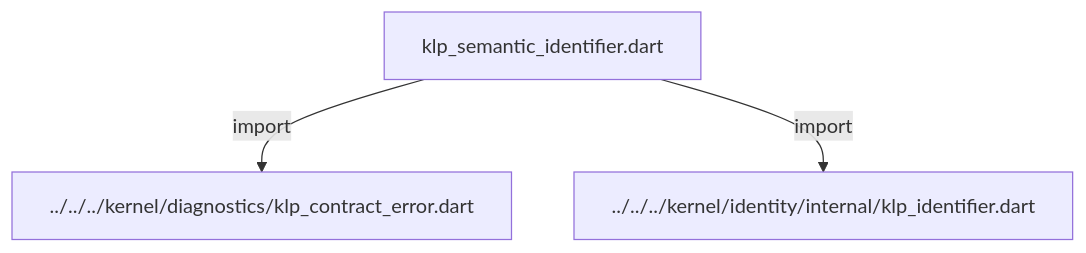
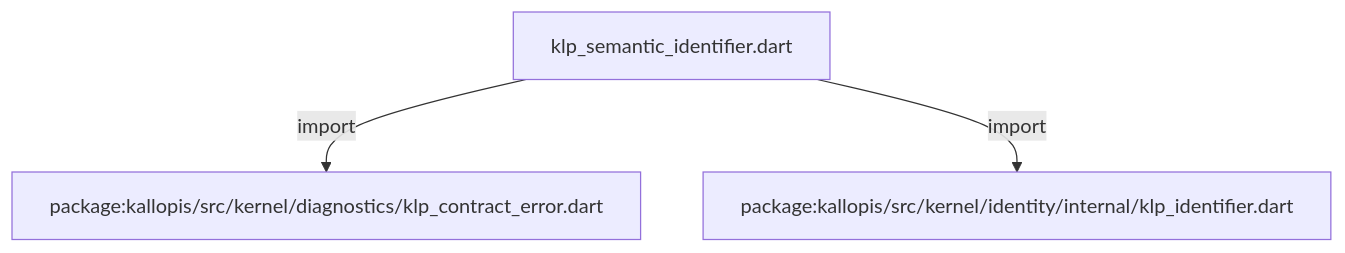
The diagram in docs/architecture/src/styling/semantics/internal/klp_semantic_identifier.md (MiuDog/Kallopis), drawn with Mermaid before and after one commit. The commit also changed other lines of this file and 9688 other files, not shown here.

Commit message:
Prepare isolated Flow F2 peer baseline

````diff
--- a/docs/architecture/src/styling/semantics/internal/klp_semantic_identifier.md
+++ b/docs/architecture/src/styling/semantics/internal/klp_semantic_identifier.md
@@ -11,8 +11,8 @@
 ```mermaid
 flowchart TD
 	n0["klp_semantic_identifier.dart"]
-	n1["../../../kernel/diagnostics/klp_contract_error.dart"]
-	n2["../../../kernel/identity/internal/klp_identifier.dart"]
+	n1["package:kallopis/src/kernel/diagnostics/klp_contract_error.dart"]
+	n2["package:kallopis/src/kernel/identity/internal/klp_identifier.dart"]
 	n0 -->|"import"| n1
 	n0 -->|"import"| n2
 ```
````
